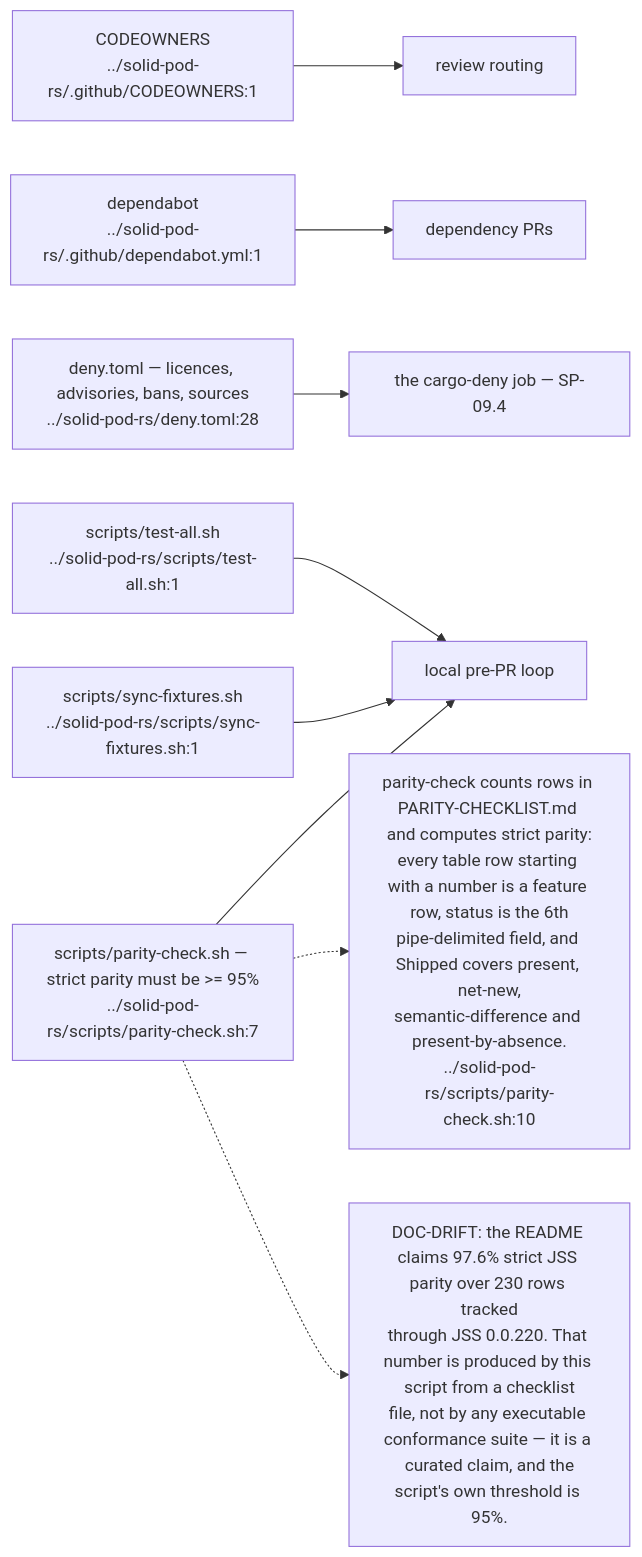
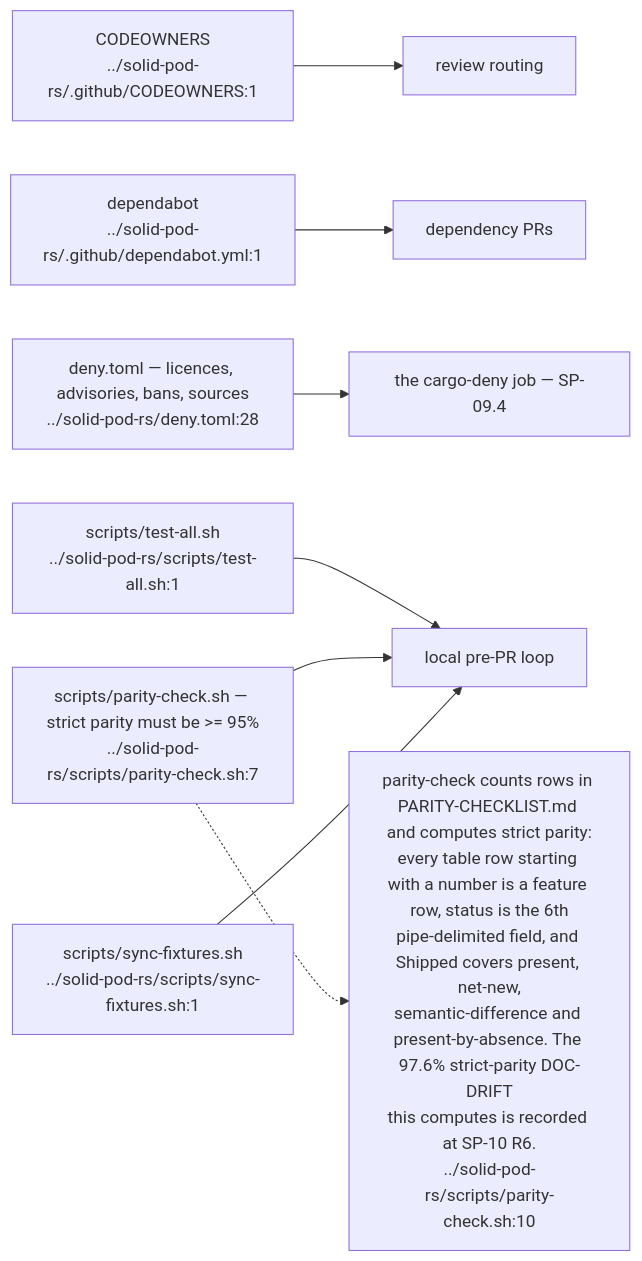
The sixth of 9 diagrams in docs/diagrams/solid-pod-rs/09-ci-release-and-consumer-pins.md (DreamLab-AI/VisionFlow), drawn with Mermaid before and after one commit. The commit also changed other lines of this file and 136 other files, not shown here.

First line of the commit message:
docs(diagrams): refresh the whole corpus to code HEAD and prune low-value diagrams

````diff
--- a/docs/diagrams/solid-pod-rs/09-ci-release-and-consumer-pins.md
+++ b/docs/diagrams/solid-pod-rs/09-ci-release-and-consumer-pins.md
@@ -252,21 +194,19 @@
 ```mermaid
 flowchart LR
     CO["CODEOWNERS<br/>../solid-pod-rs/.github/CODEOWNERS:1"]
     DEP["dependabot<br/>../solid-pod-rs/.github/dependabot.yml:1"]
     DENYF["deny.toml — licences, advisories, bans, sources<br/>../solid-pod-rs/deny.toml:28"]
     TA["scripts/test-all.sh<br/>../solid-pod-rs/scripts/test-all.sh:1"]
     PC["scripts/parity-check.sh — strict parity must be >= 95%<br/>../solid-pod-rs/scripts/parity-check.sh:7"]
     SF["scripts/sync-fixtures.sh<br/>../solid-pod-rs/scripts/sync-fixtures.sh:1"]
 
     CO --> REVIEW["review routing"]
     DEP --> BUMP["dependency PRs"]
     DENYF --> CI["the cargo-deny job — SP-09.4"]
     TA --> LOCAL["local pre-PR loop"]
     PC --> LOCAL
     SF --> LOCAL
 
-    N["parity-check counts rows in PARITY-CHECKLIST.md and computes strict parity:<br/>every table row starting with a number is a feature row, status is the 6th<br/>pipe-delimited field, and Shipped covers present, net-new,<br/>semantic-difference and present-by-absence.<br/>../solid-pod-rs/scripts/parity-check.sh:10"]
+    N["parity-check counts rows in PARITY-CHECKLIST.md and computes strict parity:<br/>every table row starting with a number is a feature row, status is the 6th<br/>pipe-delimited field, and Shipped covers present, net-new,<br/>semantic-difference and present-by-absence. The 97.6% strict-parity DOC-DRIFT<br/>this computes is recorded at SP-10 R6.<br/>../solid-pod-rs/scripts/parity-check.sh:10"]
     PC -.-> N
-    N2["DOC-DRIFT: the README claims 97.6% strict JSS parity over 230 rows tracked<br/>through JSS 0.0.220. That number is produced by this script from a checklist<br/>file, not by any executable conformance suite — it is a curated claim, and the<br/>script's own threshold is 95%."]
-    PC -.-> N2
 ```
````
